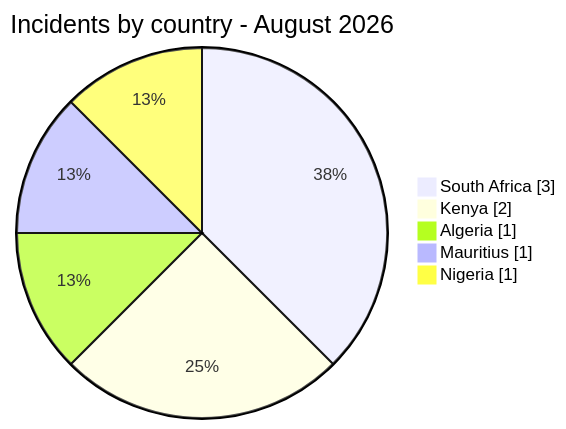
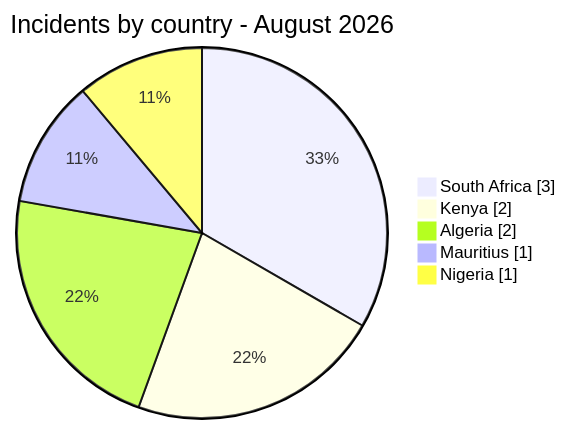
Before and after one commit to Hatchepsoute/AFRINTEL: the first of 2 diagrams in CyberAttackAfrica/2026/08-august/README.md, drawn with Mermaid. The commit also changed other lines of this file and 4 other files, not shown here.

````diff
--- a/CyberAttackAfrica/2026/08-august/README.md
+++ b/CyberAttackAfrica/2026/08-august/README.md
@@ -56,9 +56,9 @@
 ```mermaid
 pie showData
 title Incidents by country - August 2026
 "South Africa" : 3
 "Kenya" : 2
-"Algeria" : 1
+"Algeria" : 2
 "Mauritius" : 1
 "Nigeria" : 1
 ```
````
